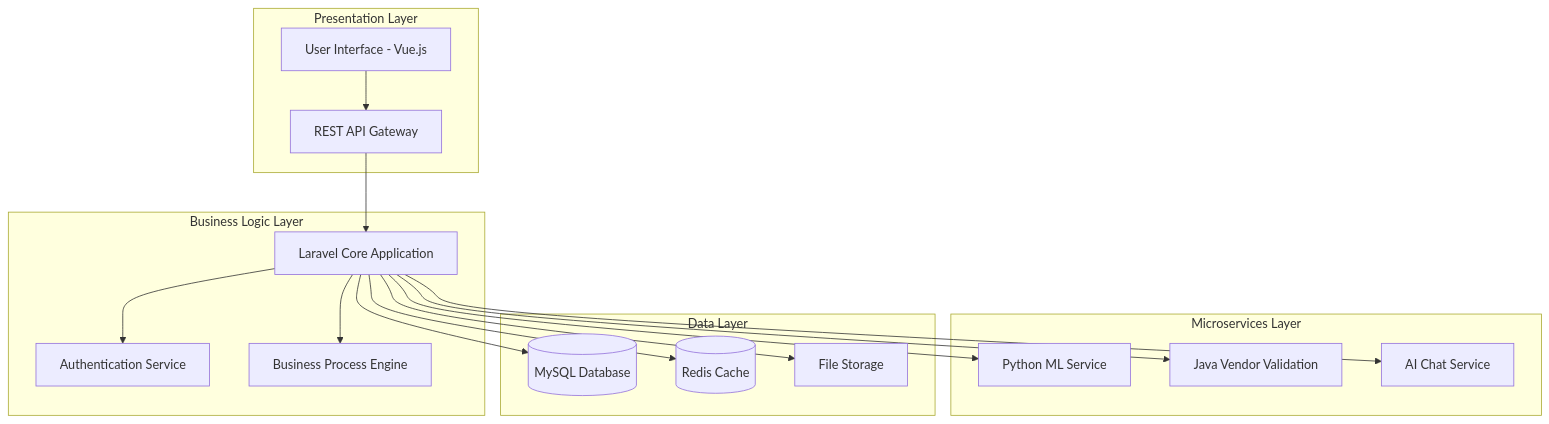
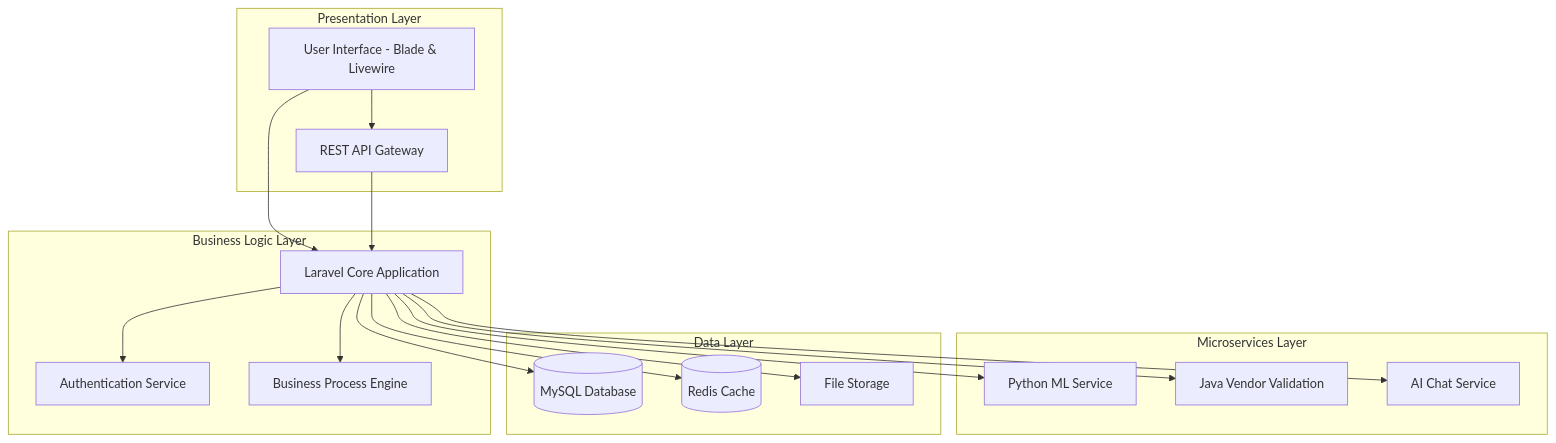
The first of 9 diagrams in info/sdd.md (winzerprince/Aktina), drawn with Mermaid before and after one commit. The commit also changed other lines of this file, not shown here.

````diff
--- a/info/sdd.md
+++ b/info/sdd.md
@@ -227,36 +256,37 @@
 ```mermaid
 graph TB
     subgraph "Presentation Layer"
-        UI[User Interface - Vue.js]
+        UI[User Interface - Blade & Livewire]
         API[REST API Gateway]
     end
     
     subgraph "Business Logic Layer"
         Laravel[Laravel Core Application]
         Auth[Authentication Service]
         Workflow[Business Process Engine]
     end
     
     subgraph "Microservices Layer"
         ML[Python ML Service]
         Vendor[Java Vendor Validation]
         Chat[AI Chat Service]
     end
     
     subgraph "Data Layer"
         MySQL[(MySQL Database)]
         Redis[(Redis Cache)]
         Files[File Storage]
     end
     
     UI --> API
+    UI --> Laravel
     API --> Laravel
     Laravel --> Auth
     Laravel --> Workflow
     Laravel --> ML
     Laravel --> Vendor
     Laravel --> Chat
     Laravel --> MySQL
     Laravel --> Redis
     Laravel --> Files
 ```
````
